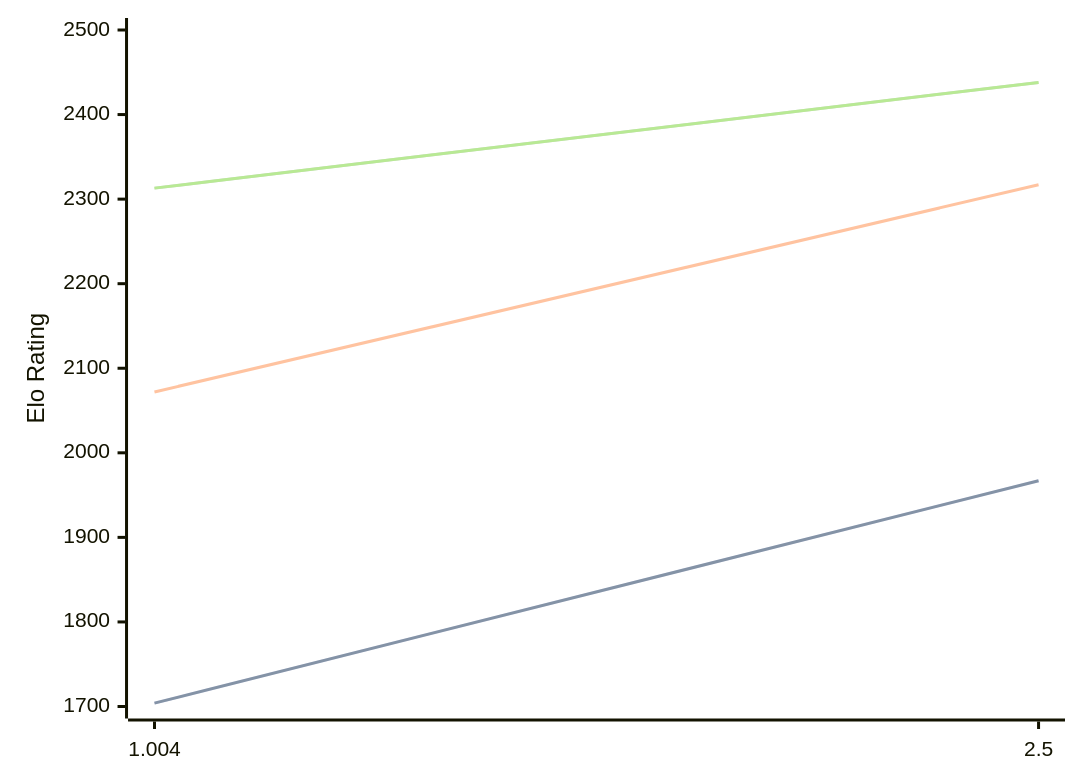
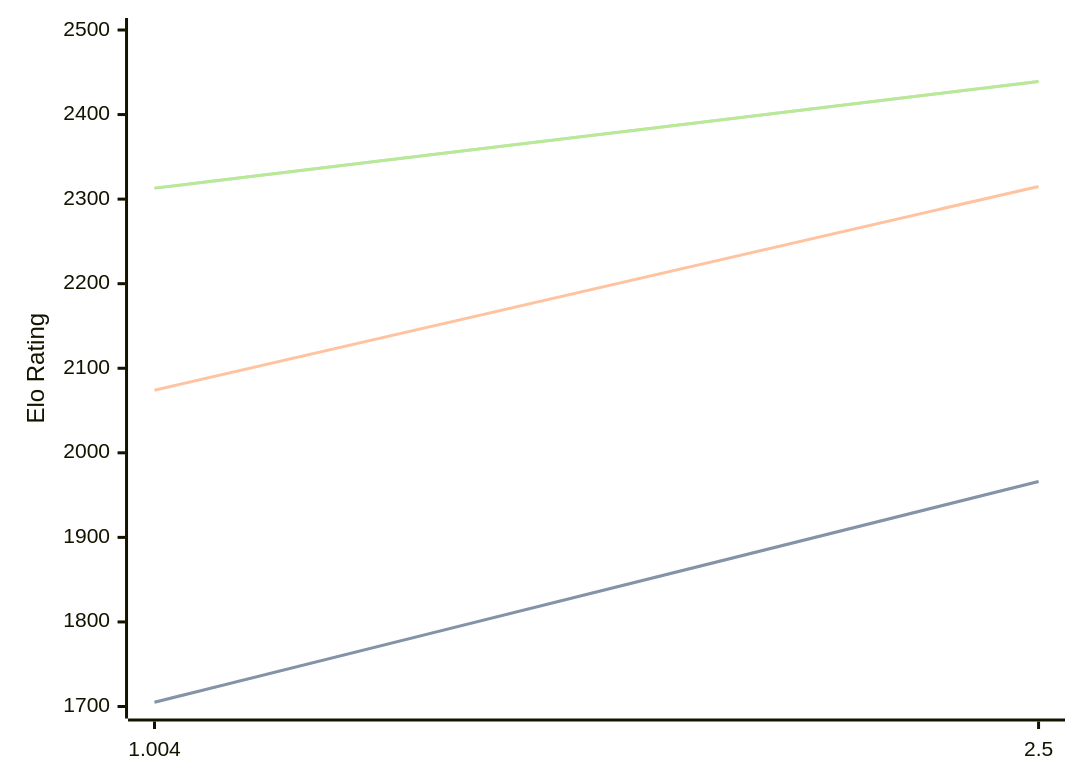
One commit to computer-chess-index/cci changed the diagram in engines/Ares.md. Above: the diagram before and after it, drawn with Mermaid. The commit also changed other lines of this file, not shown here.

Commit message:
Update CCI Ratings (ELO VLTC) - 2026-08-23

````diff
--- a/engines/Ares.md
+++ b/engines/Ares.md
@@ -32,11 +32,11 @@
 ```mermaid
 %%{init: {"theme":"base","themeVariables":{"seriesColors:['#a3a3a3','#222221','#faa371']}}}%%
 xychart-beta
   x-axis ["1.004", "2.5"]
   y-axis "Elo Rating" 1700 --> 2500
-  line "STC (8.0+0.08s)" [1704, 1967]
-  line "STC (8.0+0.08s)" [1704, 1967]
-  line "LTC (60.0+0.60s)" [2072, 2317]
-  line "VLTC (2m24s+1.12s)" [2313, 2438]
-  line "VLTC (2m24s+1.12s)" [2313, 2438]
+  line "STC (8.0+0.08s)" [1705, 1966]
+  line "STC (8.0+0.08s)" [1705, 1966]
+  line "LTC (60.0+0.60s)" [2074, 2315]
+  line "VLTC (2m24s+1.12s)" [2313, 2439]
+  line "VLTC (2m24s+1.12s)" [2313, 2439]
 ```
````
